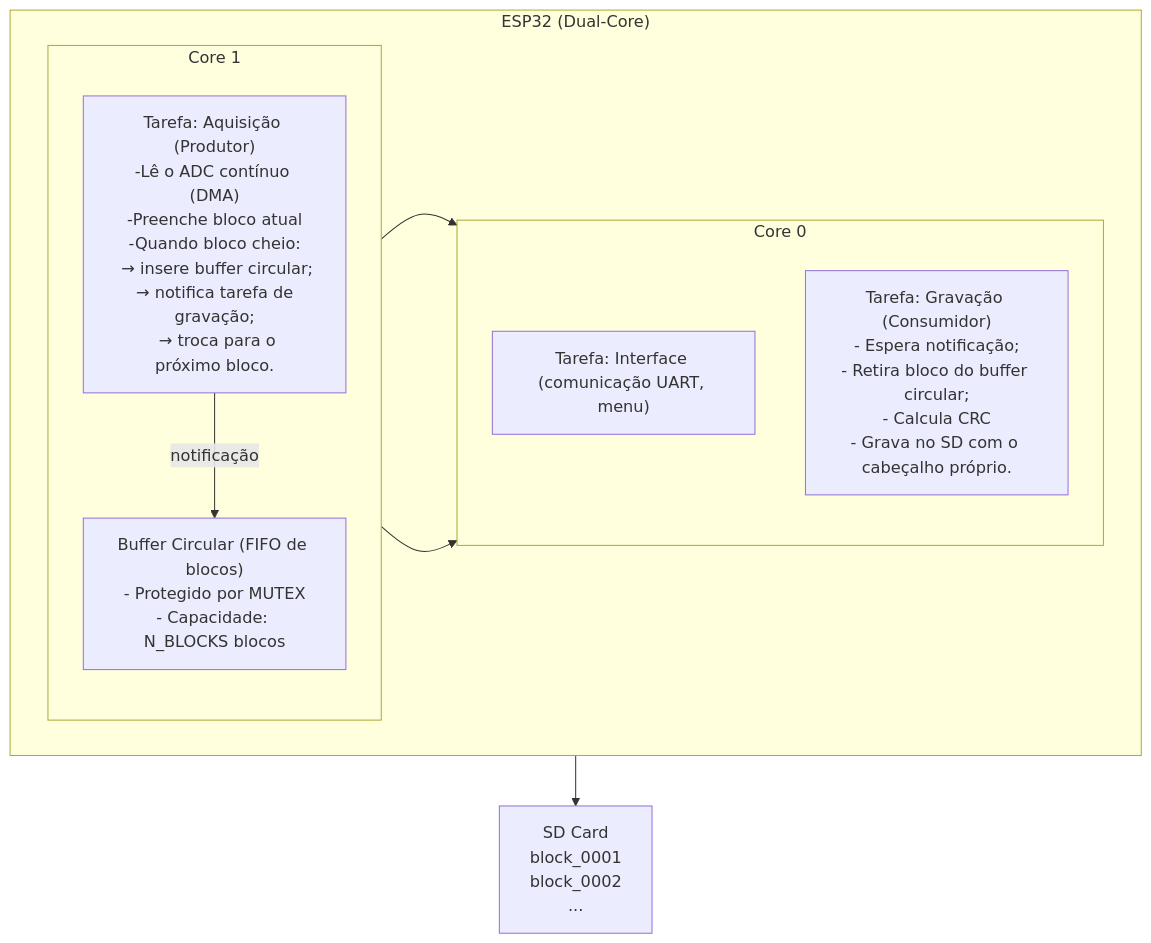
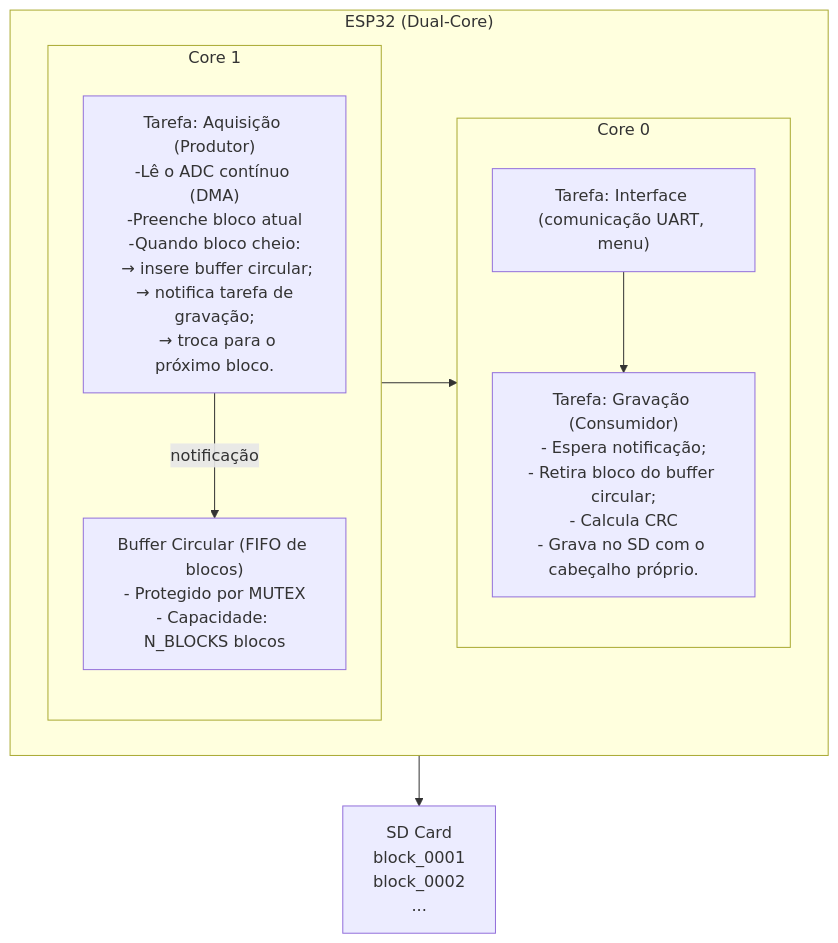
One commit to noggyamamoto/ExerciciosPrograma-o changed the diagram in HelloWorld/include/circular_buffer.mermaid. Above: the diagram before and after it, drawn with Mermaid.

Commit message:
fix: replace the arrows

```diff
--- a/HelloWorld/include/circular_buffer.mermaid
+++ b/HelloWorld/include/circular_buffer.mermaid
@@ -1,30 +1,30 @@
 flowchart TB
 
     subgraph ESP32["ESP32 (Dual-Core)"]
 
         direction LR
 
         %% Core 0
         subgraph Core0["Core 0"]
             direction TB
             UI["Tarefa: Interface \n(comunicação UART, menu)"]
             WR["Tarefa: Gravação (Consumidor)\n- Espera notificação;\n- Retira bloco do buffer circular;\n- Calcula CRC\n- Grava no SD com o cabeçalho próprio."]
         end
 
         %% Core 1
         subgraph Core1["Core 1"]
             direction TB
             ACQ["Tarefa: Aquisição (Produtor)\n-Lê o ADC contínuo (DMA)\n-Preenche bloco atual\n-Quando bloco cheio:\n → insere buffer circular;\n → notifica tarefa de gravação;\n  → troca para o próximo bloco."]
             BUF["Buffer Circular (FIFO de blocos)\n- Protegido por MUTEX\n- Capacidade: N_BLOCKS blocos"]
         end
 
     end
 
     %% SD fora dos cores (abaixo à esquerda)
     SD["SD Card\nblock_0001\nblock_0002\n..."]
 
     %% Conexões
     ACQ -->|notificação| BUF
+    UI --> WR
     ACQ --> WR
-    BUF --> WR
     WR --> SD
```
